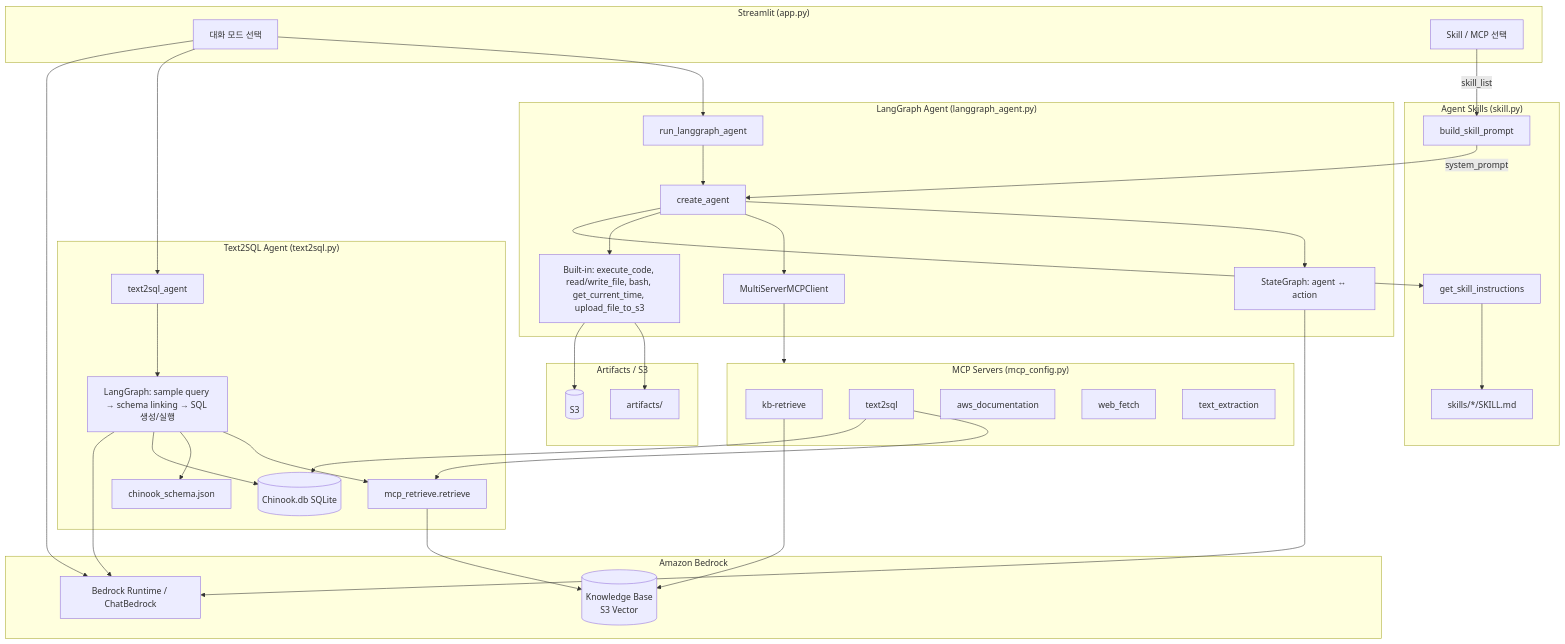
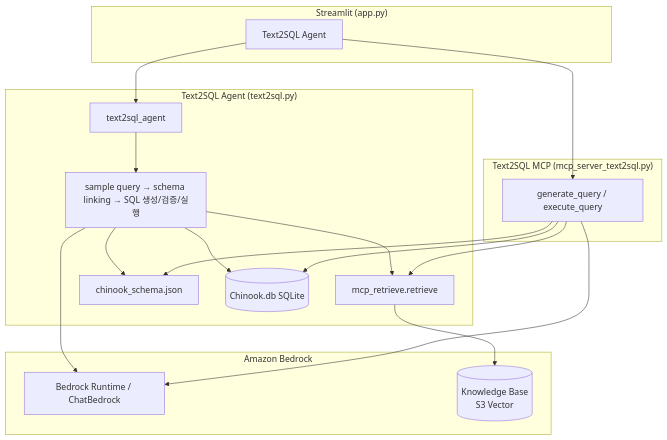
One commit to kyopark2014/text2sql changed the diagram in README.md. Above: the diagram before and after it, drawn with Mermaid.

````diff
--- a/README.md
+++ b/README.md
@@ -11,74 +11,38 @@
 ```mermaid
 flowchart TB
   subgraph UI["Streamlit (app.py)"]
-    MODE[대화 모드 선택]
-    SKUI[Skill / MCP 선택]
+    MODE[Text2SQL Agent]
   end
 
   subgraph LLM["Amazon Bedrock"]
     BR[Bedrock Runtime / ChatBedrock]
     KB[(Knowledge Base<br/>S3 Vector)]
   end
 
-  subgraph Skills["Agent Skills (skill.py)"]
-    SRC["skills/*/SKILL.md"]
-    BSP[build_skill_prompt]
-    GSI[get_skill_instructions]
-  end
-
-  subgraph LangGraphStack["LangGraph Agent (langgraph_agent.py)"]
-    RLA[run_langgraph_agent]
-    CA[create_agent]
-    SG["StateGraph: agent ↔ action"]
-    MSMC[MultiServerMCPClient]
-    BT["Built-in: execute_code, read/write_file, bash, get_current_time, upload_file_to_s3"]
-  end
-
   subgraph Text2SQLStack["Text2SQL Agent (text2sql.py)"]
     TSA[text2sql_agent]
-    TSG["LangGraph: sample query → schema linking → SQL 생성/실행"]
+    TSG["sample query → schema linking → SQL 생성/검증/실행"]
     MR[mcp_retrieve.retrieve]
     SCH[chinook_schema.json]
     DB[(Chinook.db SQLite)]
   end
 
-  subgraph MCPServers["MCP Servers (mcp_config.py)"]
-    RAG[kb-retrieve]
-    T2S[text2sql]
-    AWS[aws_documentation]
-    WF[web_fetch]
-    TE[text_extraction]
+  subgraph MCPServer["Text2SQL MCP (mcp_server_text2sql.py)"]
+    T2S["generate_query / execute_query"]
   end
 
-  subgraph Storage["Artifacts / S3"]
-    ART[artifacts/]
-    S3[(S3)]
-  end
-
-  MODE --> RLA
   MODE --> TSA
-  MODE --> BR
-  SKUI -->|skill_list| BSP
-
-  RLA --> CA
-  CA --> SG
-  CA --> MSMC
-  CA --> BT
-  CA --> GSI
-  BSP -->|system_prompt| CA
-  GSI --> SRC
-  SG --> BR
-  MSMC --> MCPServers
-  RAG --> KB
-  T2S --> MR
-  T2S --> DB
+  MODE --> T2S
 
   TSA --> TSG
   TSG --> MR
   TSG --> SCH
   TSG --> DB
+  TSG --> BR
   MR --> KB
-  TSG --> BR
-  BT --> ART
-  BT --> S3
+
+  T2S --> MR
+  T2S --> SCH
+  T2S --> DB
+  T2S --> BR
 ```
````
